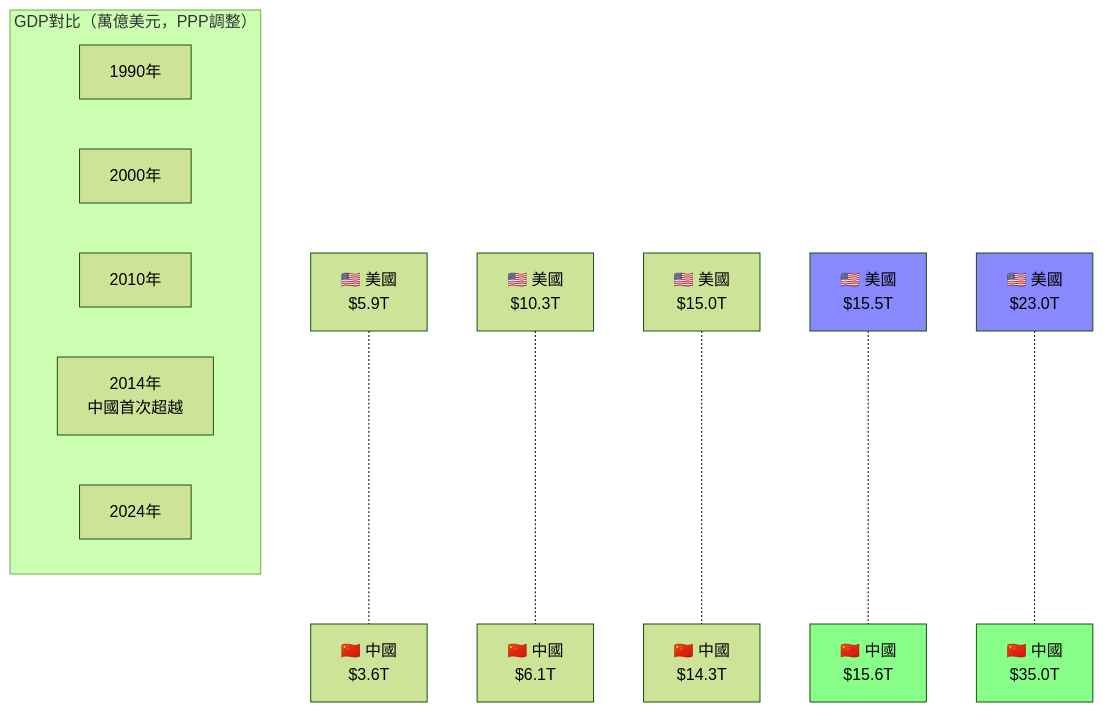
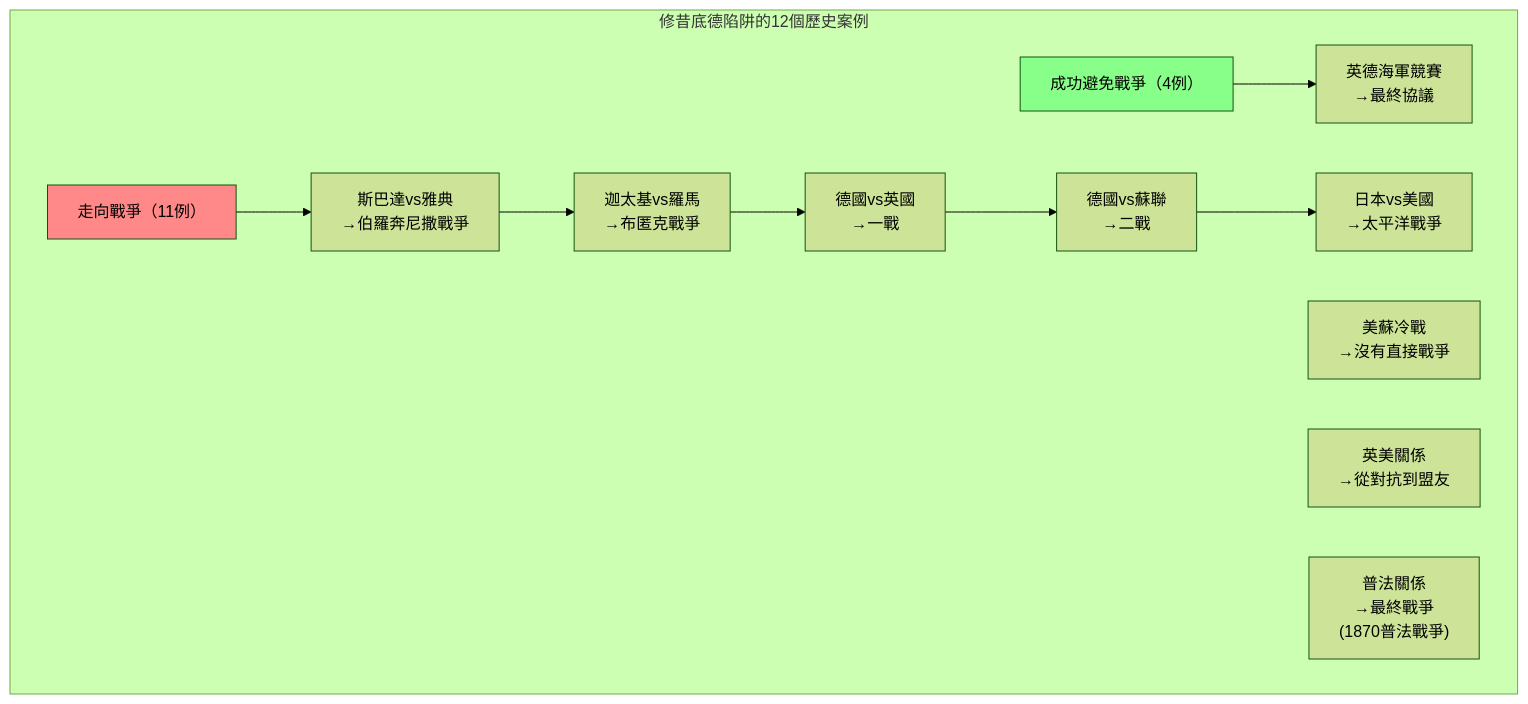
One commit to yip-lgtm/HKU-Harvard-History-Self-Study changed the fourth of 5 diagrams in 02_Harvard_Courses/101_Foundations/GenEd1068.md. Above: the diagram before and after it, drawn with Mermaid (forest theme). The commit also changed other lines of this file and 65 other files, not shown here.

````diff
--- a/02_Harvard_Courses/101_Foundations/GenEd1068.md
+++ b/02_Harvard_Courses/101_Foundations/GenEd1068.md
@@ -261,36 +155,22 @@
 ```mermaid
 graph TD
-    subgraph "GDP對比（萬億美元，PPP調整）"
-        A["1990年"]
-        B["2000年"]
-        C["2010年"]
-        D["2014年\n中國首次超越"]
-        E["2024年"]
+    subgraph "修昔底德陷阱的12個歷史案例"
+        A["成功避免戰爭（4例）"]
+        A1["英德海軍競賽\n→最終協議"]
+        A2["美蘇冷戰\n→沒有直接戰爭"]
+        A3["英美關係\n→從對抗到盟友"]
+        A4["普法關係\n→最終戰爭\n(1870普法戰爭)"]
+        
+        B["走向戰爭（11例）"]
+        B1["斯巴達vs雅典\n→伯羅奔尼撒戰爭"]
+        B2["迦太基vs羅馬\n→布匿克戰爭"]
+        B3["德國vs英國\n→一戰"]
+        B4["德國vs蘇聯\n→二戰"]
+        B5["日本vs美國\n→太平洋戰爭"]
     end
     
-    A1["🇺🇸 美國\n$5.9T"] 
-    A2["🇨🇳 中國\n$3.6T"]
-    
-    B1["🇺🇸 美國\n$10.3T"]
-    B2["🇨🇳 中國\n$6.1T"]
-    
-    C1["🇺🇸 美國\n$15.0T"]
-    C2["🇨🇳 中國\n$14.3T"]
-    
-    D1["🇺🇸 美國\n$15.5T"]
-    D2["🇨🇳 中國\n$15.6T"]
-    
-    E1["🇺🇸 美國\n$23.0T"]
-    E2["🇨🇳 中國\n$35.0T"]
-    
-    A1 -.- A2
-    B1 -.- B2
-    C1 -.- C2
-    D1 -.- D2
-    E1 -.- E2
-    
-    style D2 fill:#8f8
-    style E2 fill:#8f8
-    style D1 fill:#88f
-    style E1 fill:#88f
+    A --> A1
+    B --> B1 --> B2 --> B3 --> B4 --> B5
+    style A fill:#8f8
+    style B fill:#f88
 ```
````
